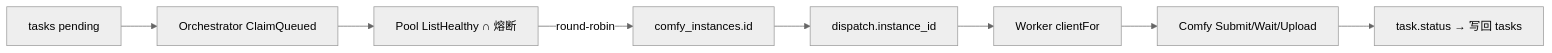
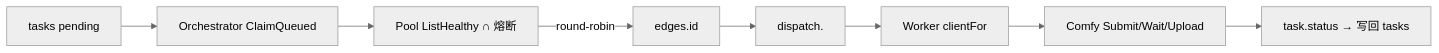
Before and after one commit to Mr9esx/Pixoma: the third of 3 diagrams in docs/architecture/data-model.md, drawn with Mermaid (neutral theme). The commit also changed other lines of this file and 1 other file, not shown here.

Commit message:
docs(architecture): edge_metrics table and metrics reporting path

````diff
--- a/docs/architecture/data-model.md
+++ b/docs/architecture/data-model.md
@@ -342,10 +373,10 @@
 ```mermaid
 flowchart LR
   T[tasks pending] --> O[Orchestrator ClaimQueued]
   O --> H[Pool ListHealthy ∩ 熔断]
-  H -->|round-robin| I[comfy_instances.id]
-  I --> D[dispatch.instance_id]
+  H -->|round-robin| I[edges.id]
+  I --> D["dispatch.<id>"]
   D --> W[Worker clientFor]
   W --> C[Comfy Submit/Wait/Upload]
   C --> S[task.status → 写回 tasks]
 ```
````
